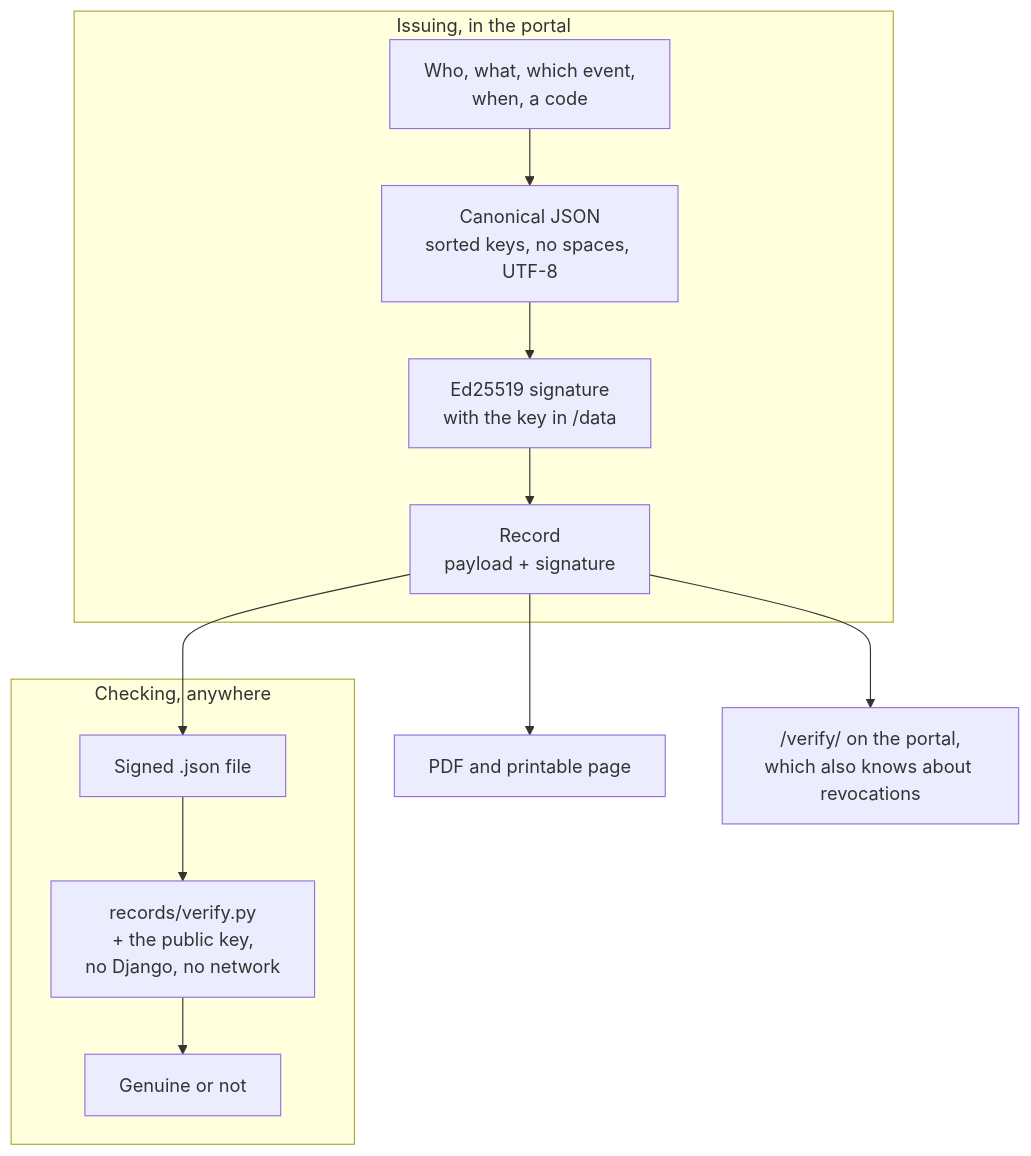
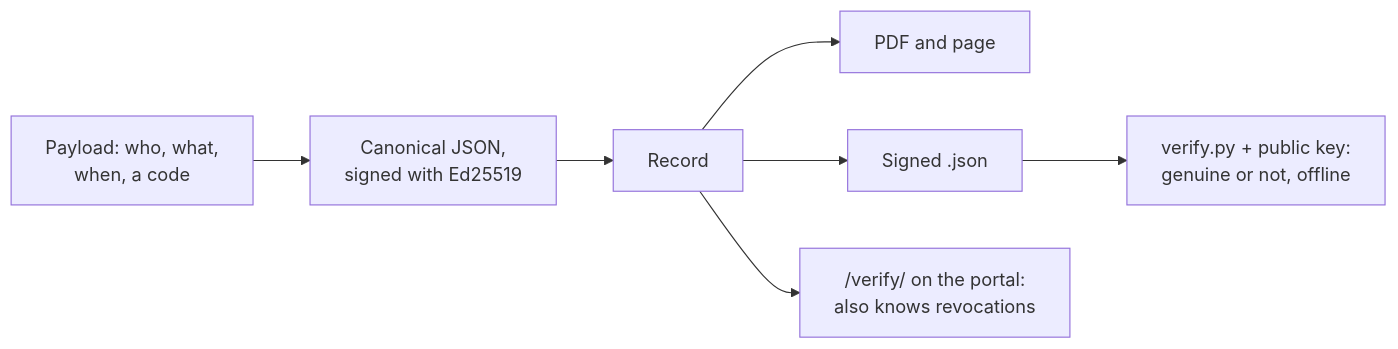
Diagram 16 of 19 in ARCHITECTURE.md (manusingh090/Shipshape), drawn with Mermaid before and after one commit. The commit also changed other lines of this file and 2 other files, not shown here.

Commit message:
Update files: shorter README, compact diagrams

````diff
--- a/ARCHITECTURE.md
+++ b/ARCHITECTURE.md
@@ -548,15 +515,9 @@
 ```mermaid
-flowchart TB
-    subgraph issue["Issuing, in the portal"]
-        what["Who, what, which event,<br/>when, a code"] --> canon["Canonical JSON<br/>sorted keys, no spaces, UTF-8"]
-        canon --> sign["Ed25519 signature<br/>with the key in /data"]
-        sign --> rec["Record<br/>payload + signature"]
-    end
-    rec --> pdf["PDF and printable page"]
-    rec --> file["Signed .json file"]
-    rec --> online["/verify/ on the portal,<br/>which also knows about revocations"]
-    subgraph check["Checking, anywhere"]
-        file --> verify["records/verify.py<br/>+ the public key,<br/>no Django, no network"]
-        verify --> answer["Genuine or not"]
-    end
+flowchart LR
+    payload["Payload: who, what,<br/>when, a code"] --> sign["Canonical JSON,<br/>signed with Ed25519"]
+    sign --> record["Record"]
+    record --> pdf["PDF and page"]
+    record --> file["Signed .json"]
+    file --> verify["verify.py + public key:<br/>genuine or not, offline"]
+    record --> portal["/verify/ on the portal:<br/>also knows revocations"]
 ```
````
